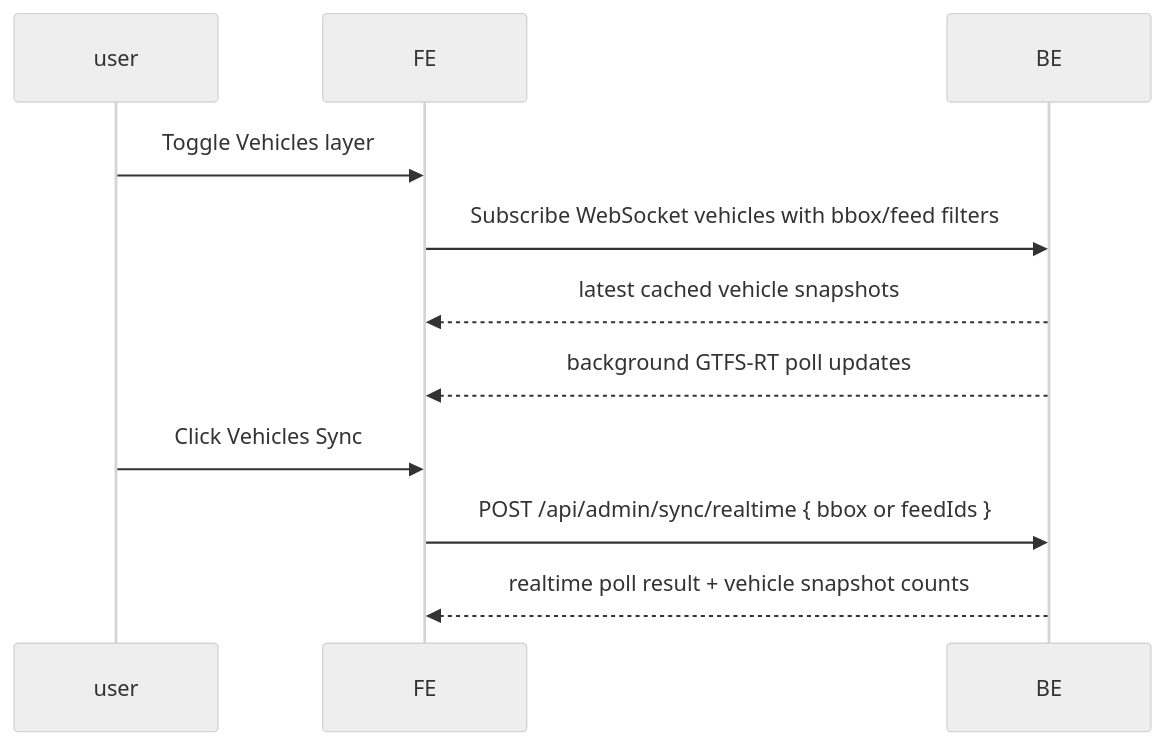
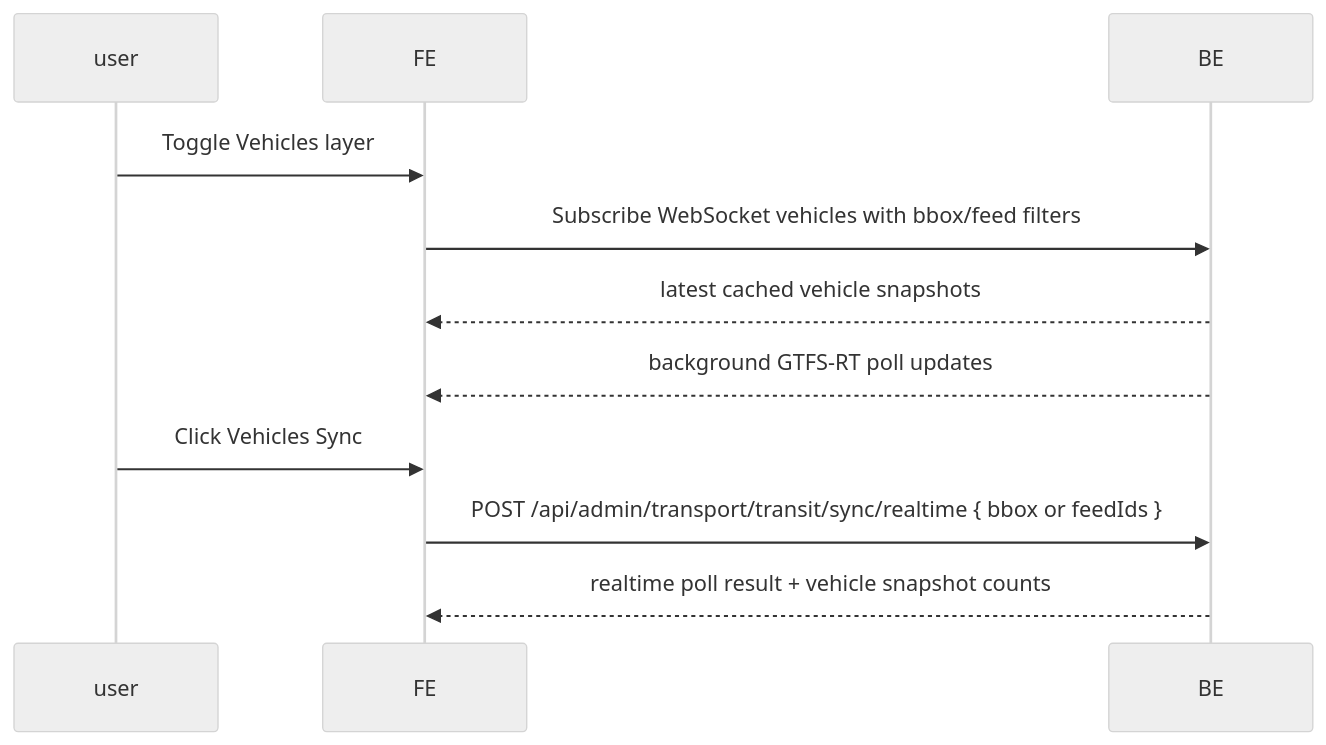
Before and after one commit to steeeee0223/notion-kit: the third of 3 diagrams in apps/map-server/docs/use-cases.md, drawn with Mermaid (neutral theme). The commit also changed other lines of this file and 1 other file, not shown here.

Commit message:
docs(map-server): update transport provider API endpoints

````diff
--- a/apps/map-server/docs/use-cases.md
+++ b/apps/map-server/docs/use-cases.md
@@ -195,15 +195,15 @@
 ```mermaid
 sequenceDiagram
     participant user
     participant FE
     participant BE
 
     user->>FE: Toggle Vehicles layer
     FE->>BE: Subscribe WebSocket vehicles with bbox/feed filters
     BE-->>FE: latest cached vehicle snapshots
     BE-->>FE: background GTFS-RT poll updates
 
     user->>FE: Click Vehicles Sync
-    FE->>BE: POST /api/admin/sync/realtime { bbox or feedIds }
+    FE->>BE: POST /api/admin/transport/transit/sync/realtime { bbox or feedIds }
     BE-->>FE: realtime poll result + vehicle snapshot counts
 ```
````
